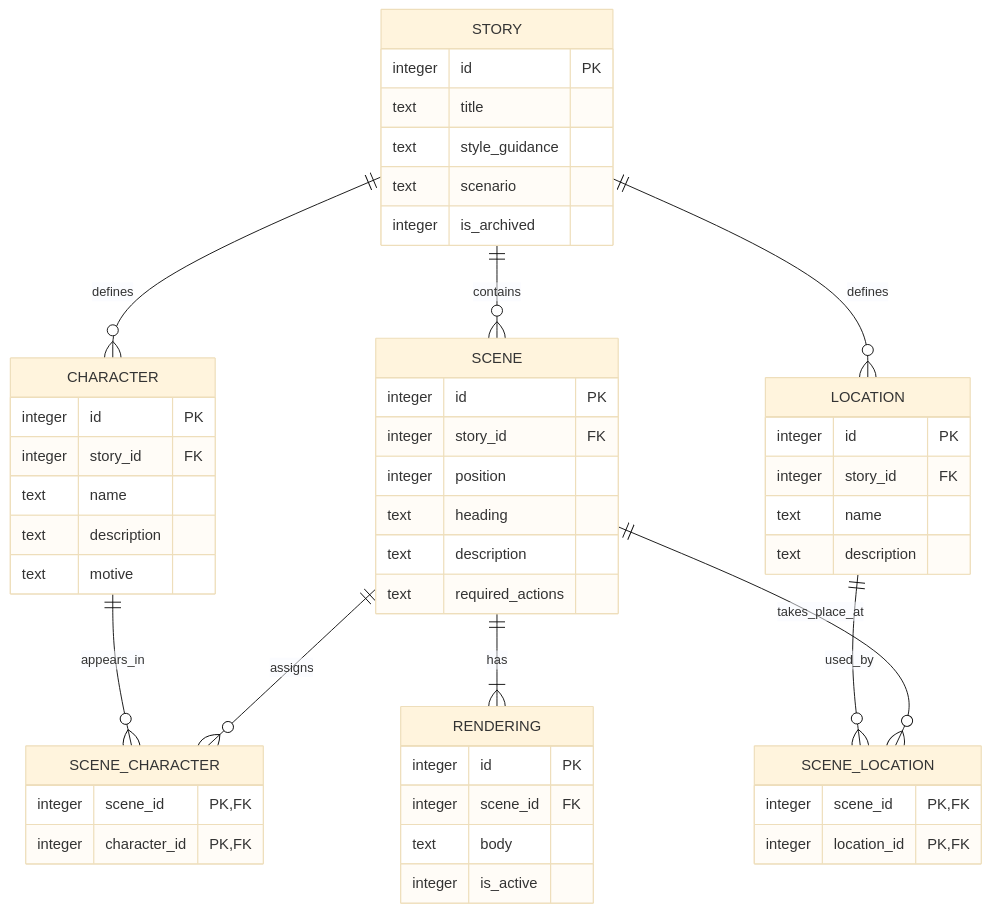
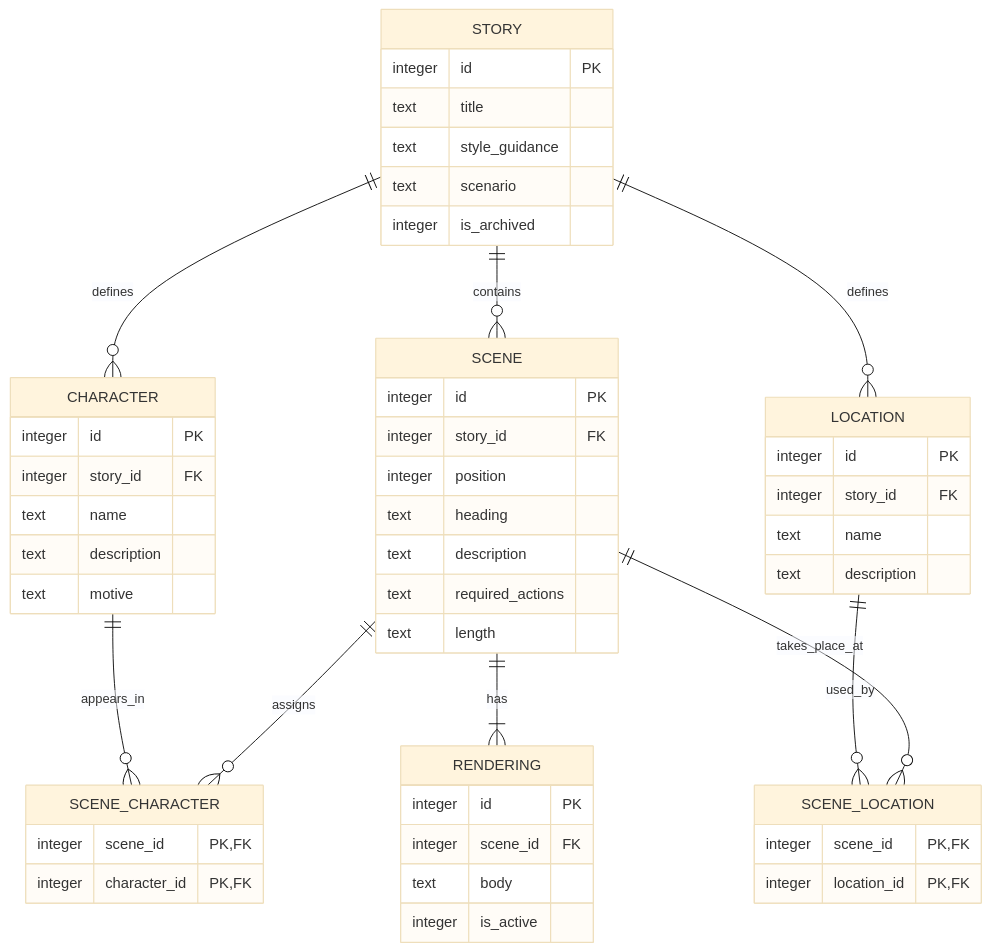
One commit to theBraindonor/scene-writer changed the diagram in docs/data-model.md. Above: the diagram before and after it, drawn with Mermaid (base theme). The commit also changed other lines of this file and 7 other files, not shown here.

````diff
--- a/docs/data-model.md
+++ b/docs/data-model.md
@@ -26,60 +26,61 @@
 ```mermaid
 erDiagram
     STORY ||--o{ SCENE : contains
     STORY ||--o{ CHARACTER : defines
     STORY ||--o{ LOCATION : defines
     SCENE ||--o{ SCENE_CHARACTER : assigns
     CHARACTER ||--o{ SCENE_CHARACTER : appears_in
     SCENE ||--o{ SCENE_LOCATION : takes_place_at
     LOCATION ||--o{ SCENE_LOCATION : used_by
     SCENE ||--|{ RENDERING : has
 
     STORY {
         integer id PK
         text title
         text style_guidance
         text scenario
         integer is_archived
     }
 
     SCENE {
         integer id PK
         integer story_id FK
         integer position
         text heading
         text description
         text required_actions
+        text length
     }
 
     CHARACTER {
         integer id PK
         integer story_id FK
         text name
         text description
         text motive
     }
 
     LOCATION {
         integer id PK
         integer story_id FK
         text name
         text description
     }
 
     SCENE_CHARACTER {
         integer scene_id PK, FK
         integer character_id PK, FK
     }
 
     SCENE_LOCATION {
         integer scene_id PK, FK
         integer location_id PK, FK
     }
 
     RENDERING {
         integer id PK
         integer scene_id FK
         text body
         integer is_active
     }
 ```
````
